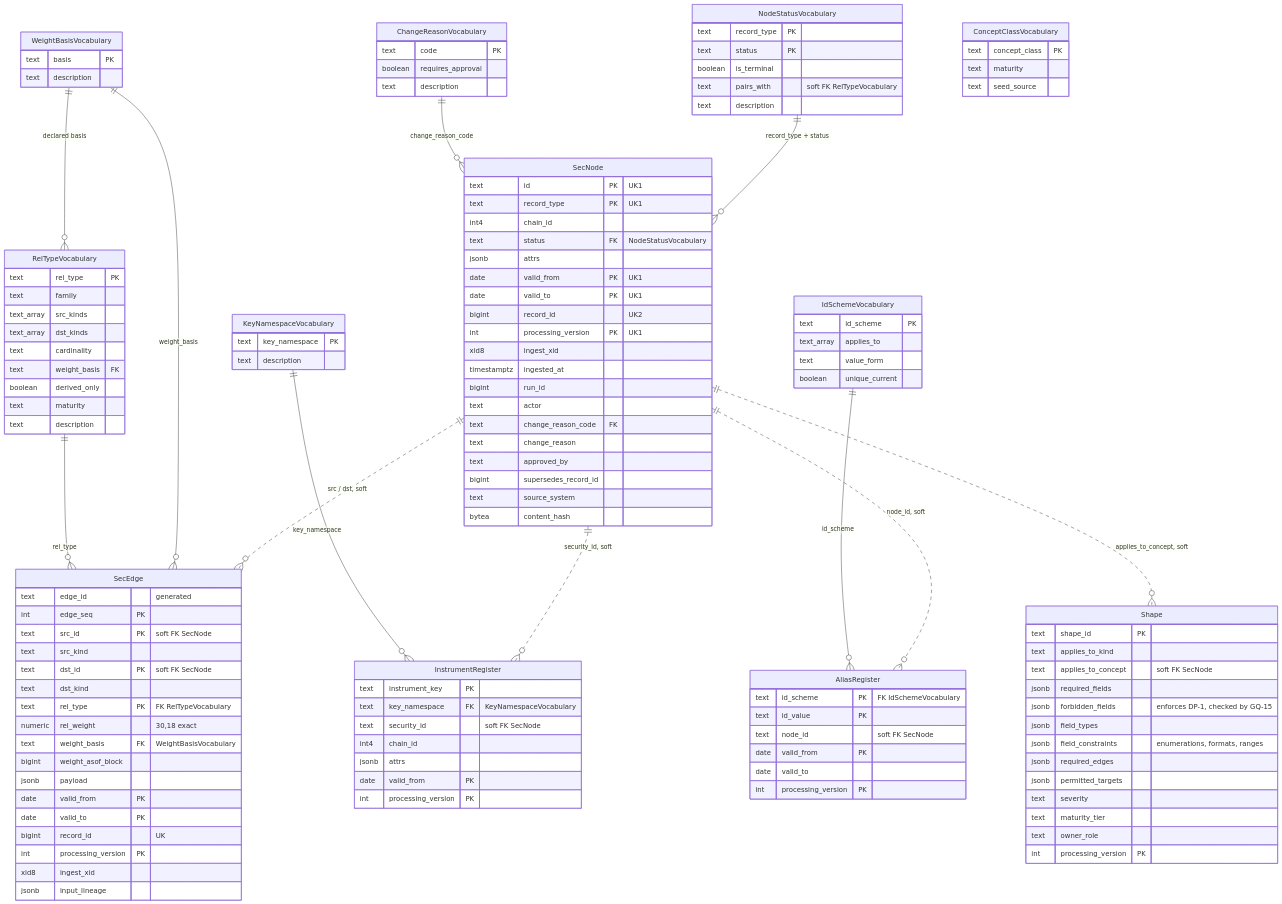
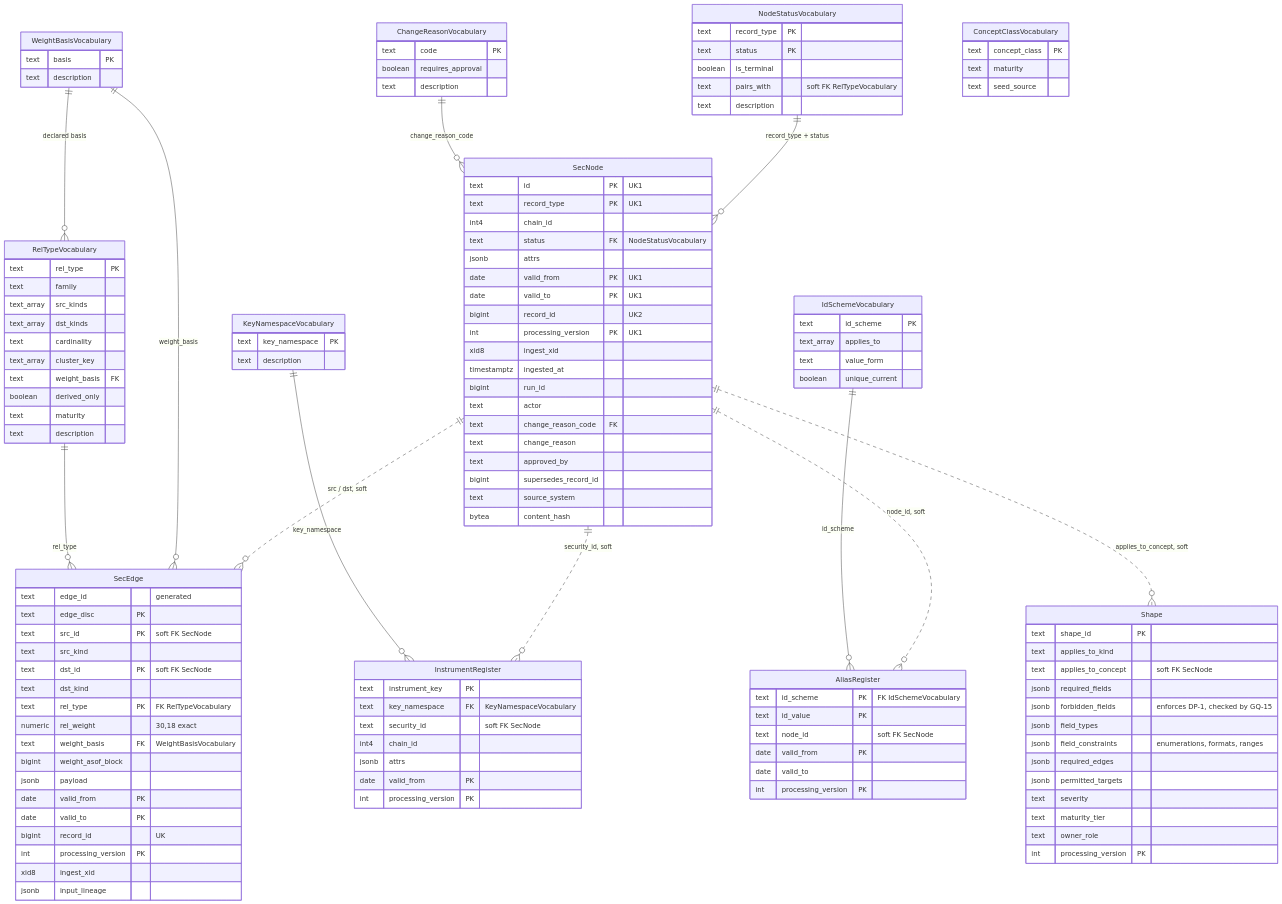
One commit to archon-research/stl changed the first of 4 diagrams in docs/adr/0007-combined-master-and-relationship-store.md. Above: the diagram before and after it, drawn with Mermaid. The commit also changed other lines of this file, not shown here.

```diff
--- a/docs/adr/0007-combined-master-and-relationship-store.md
+++ b/docs/adr/0007-combined-master-and-relationship-store.md
@@ -268,7 +269,7 @@
     }
     SecEdge {
         text edge_id "generated"
-        int edge_seq PK
+        text edge_disc PK
         text src_id PK "soft FK SecNode"
         text src_kind
         text dst_id PK "soft FK SecNode"
@@ -323,6 +324,7 @@
         text_array src_kinds
         text_array dst_kinds
         text cardinality
+        text_array cluster_key
         text weight_basis FK
         boolean derived_only
         text maturity
```
